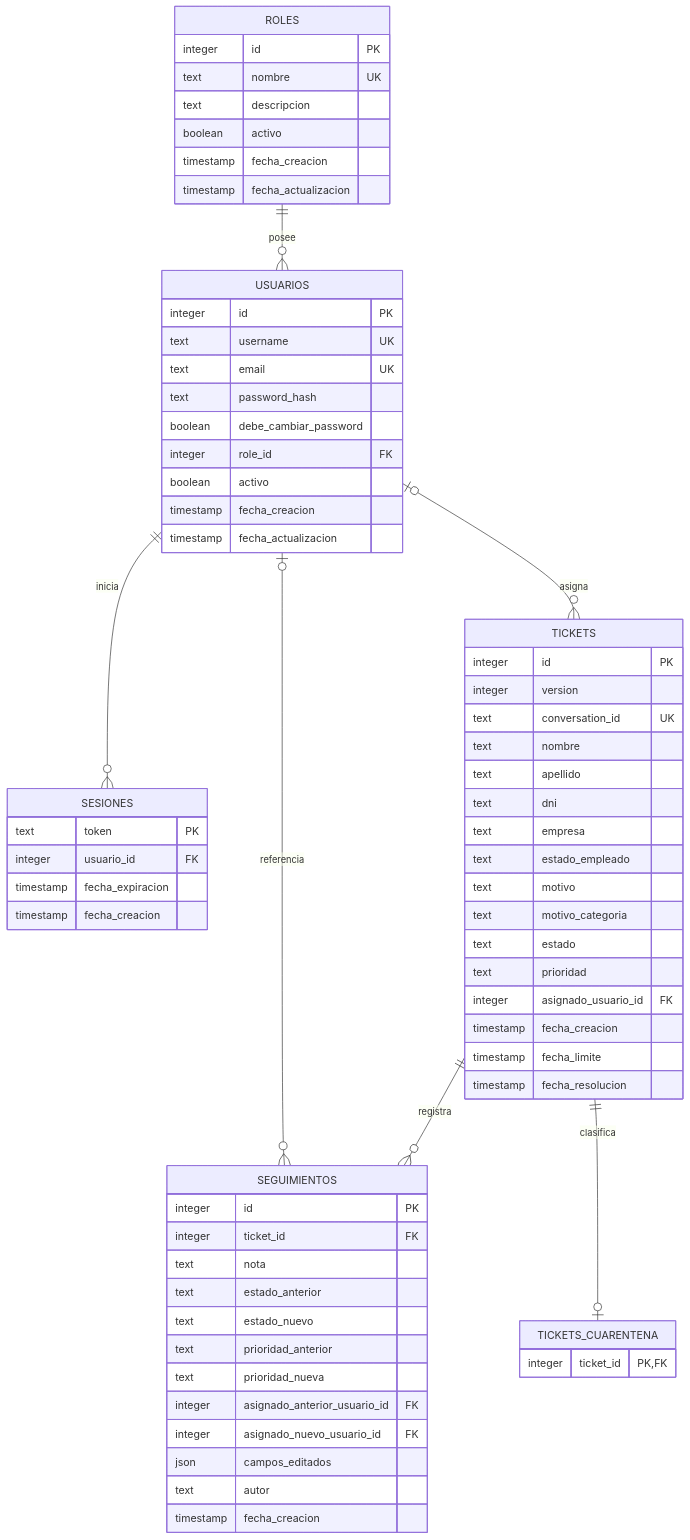
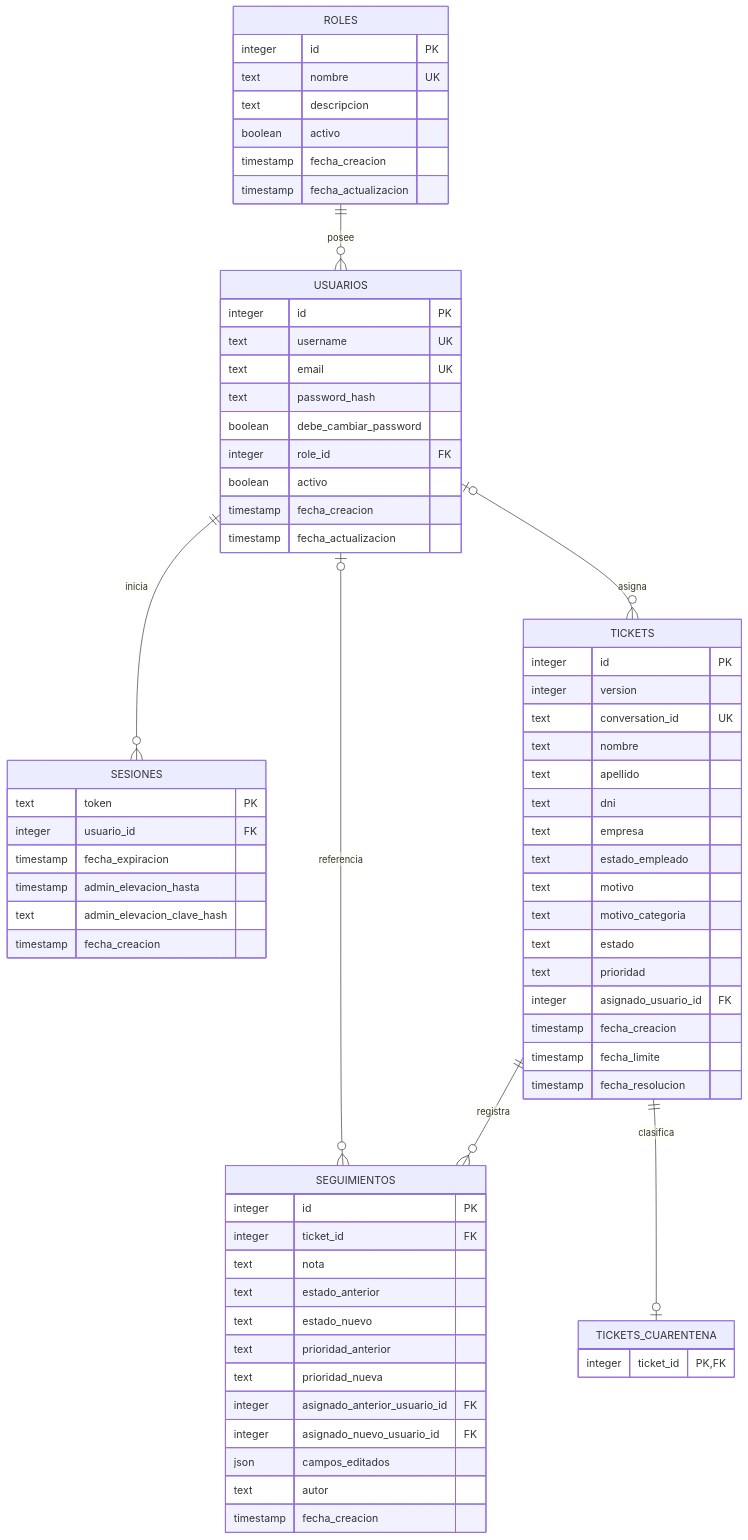
Before and after one commit to marianoLaclau/ticketsAdmin: the eighth of 12 diagrams in docs/ARQUITECTURA.MD, drawn with Mermaid. The commit also changed other lines of this file and 8 other files, not shown here.

````diff
--- a/docs/ARQUITECTURA.MD
+++ b/docs/ARQUITECTURA.MD
@@ -255,70 +255,72 @@
 ```mermaid
 erDiagram
     ROLES ||--o{ USUARIOS : posee
     USUARIOS ||--o{ SESIONES : inicia
     USUARIOS o|--o{ TICKETS : asigna
     USUARIOS o|--o{ SEGUIMIENTOS : referencia
     TICKETS ||--o{ SEGUIMIENTOS : registra
     TICKETS ||--o| TICKETS_CUARENTENA : clasifica
 
     ROLES {
         integer id PK
         text nombre UK
         text descripcion
         boolean activo
         timestamp fecha_creacion
         timestamp fecha_actualizacion
     }
     USUARIOS {
         integer id PK
         text username UK
         text email UK
         text password_hash
         boolean debe_cambiar_password
         integer role_id FK
         boolean activo
         timestamp fecha_creacion
         timestamp fecha_actualizacion
     }
     SESIONES {
         text token PK
         integer usuario_id FK
         timestamp fecha_expiracion
+        timestamp admin_elevacion_hasta
+        text admin_elevacion_clave_hash
         timestamp fecha_creacion
     }
     TICKETS {
         integer id PK
         integer version
         text conversation_id UK
         text nombre
         text apellido
         text dni
         text empresa
         text estado_empleado
         text motivo
         text motivo_categoria
         text estado
         text prioridad
         integer asignado_usuario_id FK
         timestamp fecha_creacion
         timestamp fecha_limite
         timestamp fecha_resolucion
     }
     SEGUIMIENTOS {
         integer id PK
         integer ticket_id FK
         text nota
         text estado_anterior
         text estado_nuevo
         text prioridad_anterior
         text prioridad_nueva
         integer asignado_anterior_usuario_id FK
         integer asignado_nuevo_usuario_id FK
         json campos_editados
         text autor
         timestamp fecha_creacion
     }
     TICKETS_CUARENTENA {
         integer ticket_id PK, FK
     }
 ```
````
